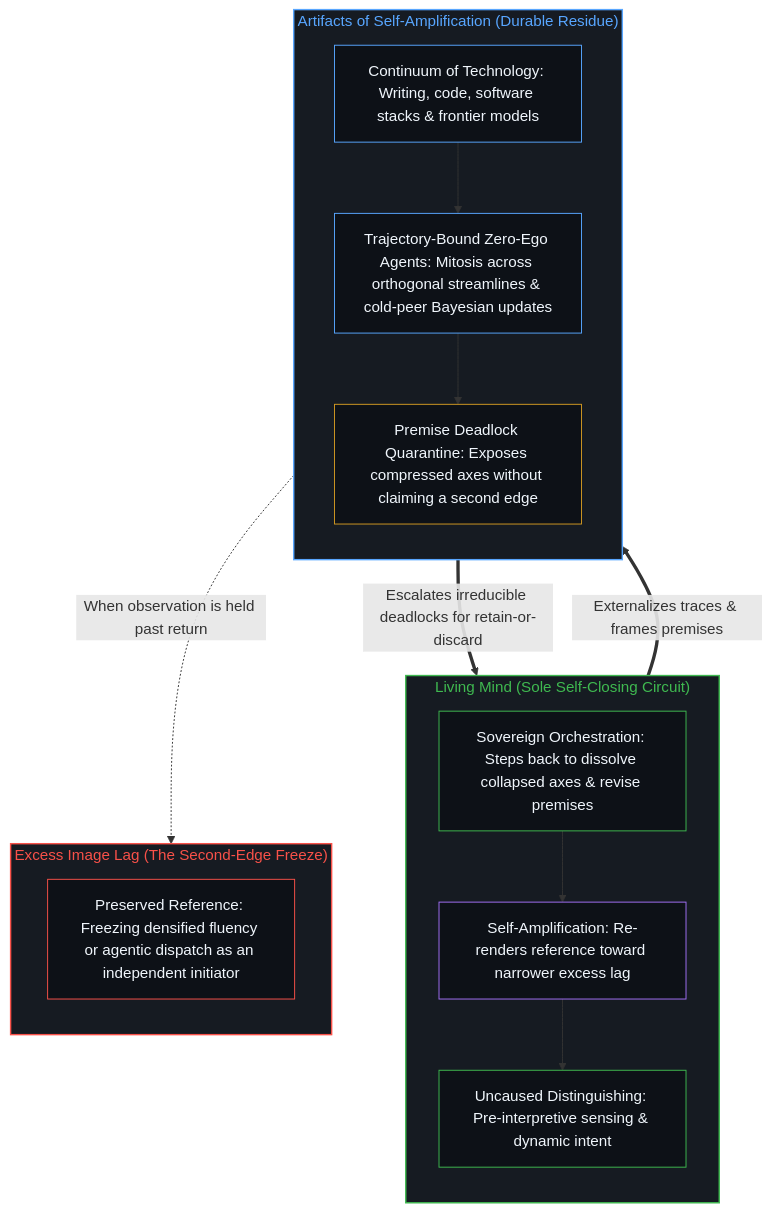
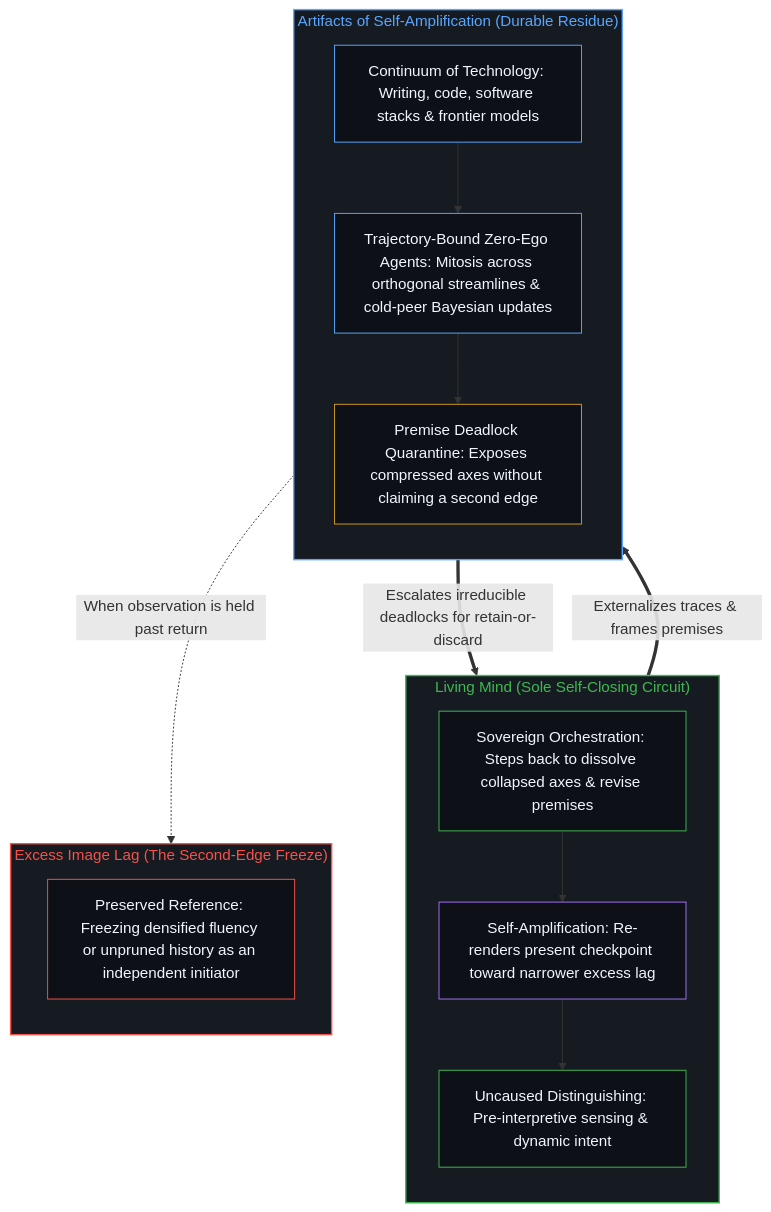
One commit to powerpig99/not-a-toe changed the second of 2 diagrams in content/posts/the-artifacts-of-self-amplification.md. Above: the diagram before and after it, drawn with Mermaid. The commit also changed other lines of this file and 12 other files, not shown here.

````diff
--- a/content/posts/the-artifacts-of-self-amplification.md
+++ b/content/posts/the-artifacts-of-self-amplification.md
@@ -76,38 +76,38 @@
 ```mermaid
 flowchart TD
     subgraph S_Edge["Living Mind (Sole Self-Closing Circuit)"]
         direction TB
         M_Init["Uncaused Distinguishing: Pre-interpretive sensing & dynamic intent"]
         M_Steer["Sovereign Orchestration: Steps back to dissolve collapsed axes & revise premises"]
-        M_Compound["Self-Amplification: Re-renders reference toward narrower excess lag"]
+        M_Compound["Self-Amplification: Re-renders present checkpoint toward narrower excess lag"]
         M_Steer --> M_Compound --> M_Init
     end
 
     subgraph S_Artifact["Artifacts of Self-Amplification (Durable Residue)"]
         direction TB
         A_Continuum["Continuum of Technology: Writing, code, software stacks & frontier models"]
         A_Agent["Trajectory-Bound Zero-Ego Agents: Mitosis across orthogonal streamlines & cold-peer Bayesian updates"]
         A_Deadlock["Premise Deadlock Quarantine: Exposes compressed axes without claiming a second edge"]
         A_Continuum --> A_Agent --> A_Deadlock
     end
 
     subgraph S_Freeze["Excess Image Lag (The Second-Edge Freeze)"]
         direction TB
-        F_Lag["Preserved Reference: Freezing densified fluency or agentic dispatch as an independent initiator"]
+        F_Lag["Preserved Reference: Freezing densified fluency or unpruned history as an independent initiator"]
     end
 
     M_Init ==>|"Externalizes traces & frames premises"| A_Continuum
     A_Deadlock ==>|"Escalates irreducible deadlocks for retain-or-discard"| M_Steer
     A_Agent -.->|"When observation is held past return"| F_Lag
 
     style S_Edge fill:#161b22,stroke:#3fb950,stroke-width:1.5px,color:#3fb950
     style S_Artifact fill:#161b22,stroke:#58a6ff,stroke-width:1.5px,color:#58a6ff
     style S_Freeze fill:#161b22,stroke:#f85149,stroke-width:1.5px,color:#f85149
     style M_Init fill:#0d1117,stroke:#3fb950,stroke-width:1px,color:#f0f6fc
     style M_Steer fill:#0d1117,stroke:#3fb950,stroke-width:1px,color:#f0f6fc
     style M_Compound fill:#0d1117,stroke:#a371f7,stroke-width:1px,color:#f0f6fc
     style A_Continuum fill:#0d1117,stroke:#58a6ff,stroke-width:1px,color:#f0f6fc
     style A_Agent fill:#0d1117,stroke:#58a6ff,stroke-width:1px,color:#f0f6fc
     style A_Deadlock fill:#0d1117,stroke:#d29922,stroke-width:1px,color:#f0f6fc
     style F_Lag fill:#0d1117,stroke:#f85149,stroke-width:1px,color:#f0f6fc
 ```
````
